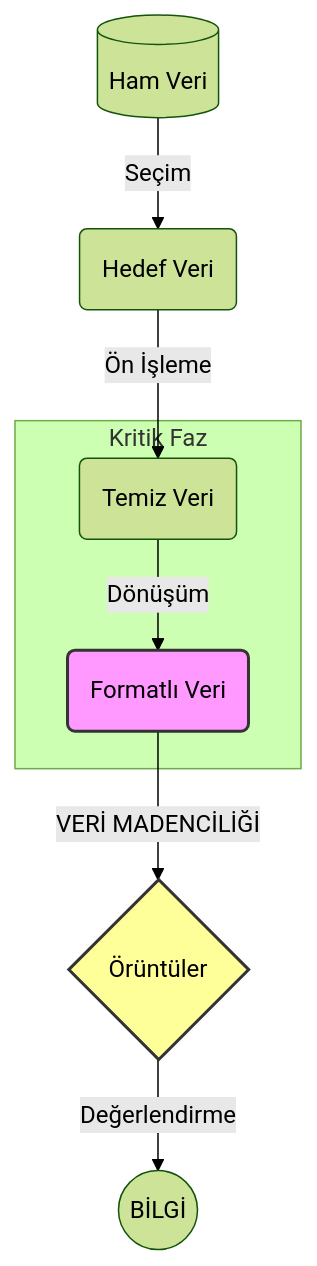
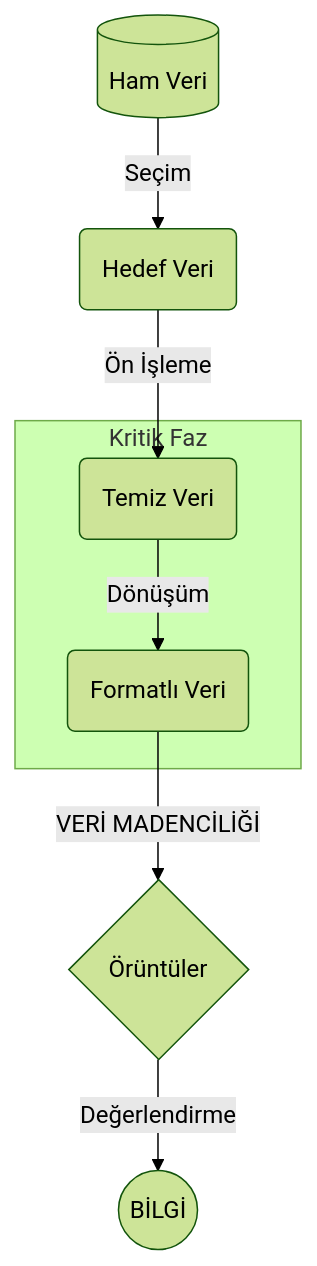
Before and after one commit to meto-data/noetic-logos: the first of 2 diagrams in content/1-ders-notlari/2-sinif/2-2-bahar/veri-madenciligi/teorik-notlar/veri-madenciligi-1.md, drawn with Mermaid (forest theme). The commit also changed other lines of this file and 3 other files, not shown here.

````diff
--- a/content/1-ders-notlari/2-sinif/2-2-bahar/veri-madenciligi/teorik-notlar/veri-madenciligi-1.md
+++ b/content/1-ders-notlari/2-sinif/2-2-bahar/veri-madenciligi/teorik-notlar/veri-madenciligi-1.md
@@ -35,18 +35,15 @@
 ```mermaid
 graph TD
     A[(Ham Veri)] -->|Seçim| B(Hedef Veri)
     B -->| Ön İşleme | C(Temiz Veri)
     C -->| Dönüşüm | D(Formatlı Veri)
     D -->| VERİ MADENCİLİĞİ | E{Örüntüler}
     E -->| Değerlendirme | F((BİLGİ))
 
     subgraph Kritik Faz 
       
     
     C
     D
     end
-    
-    style D fill:#f9f,stroke:#333,stroke-width:2px
-    style E fill:#ff9,stroke:#333,stroke-width:2px
 ```
````
